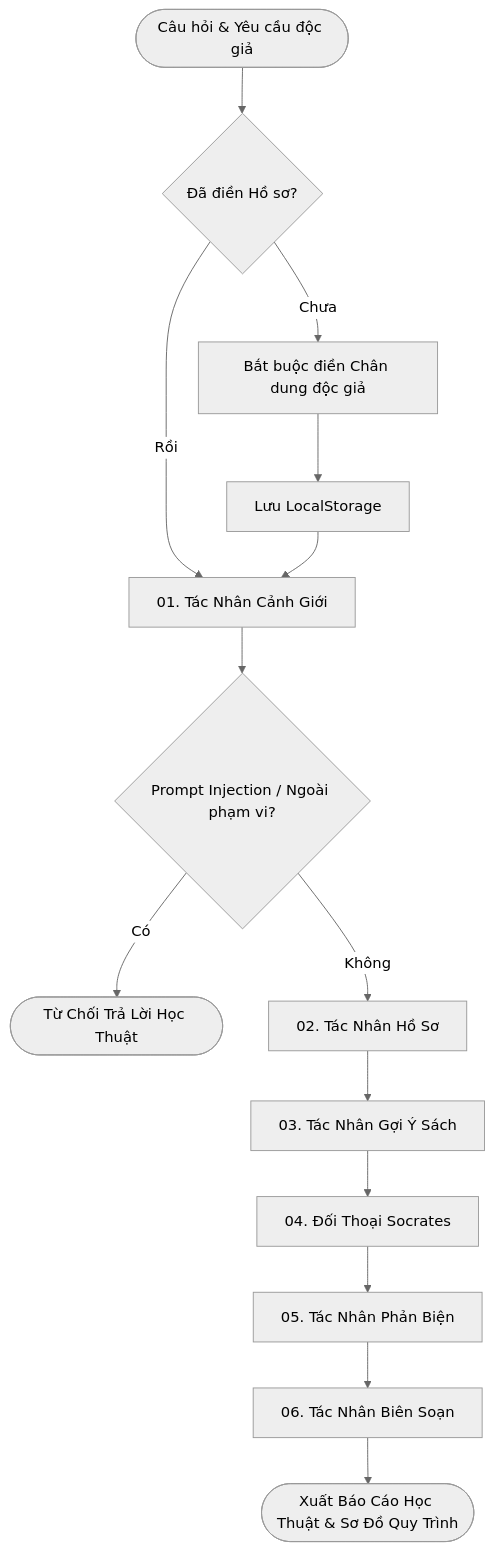
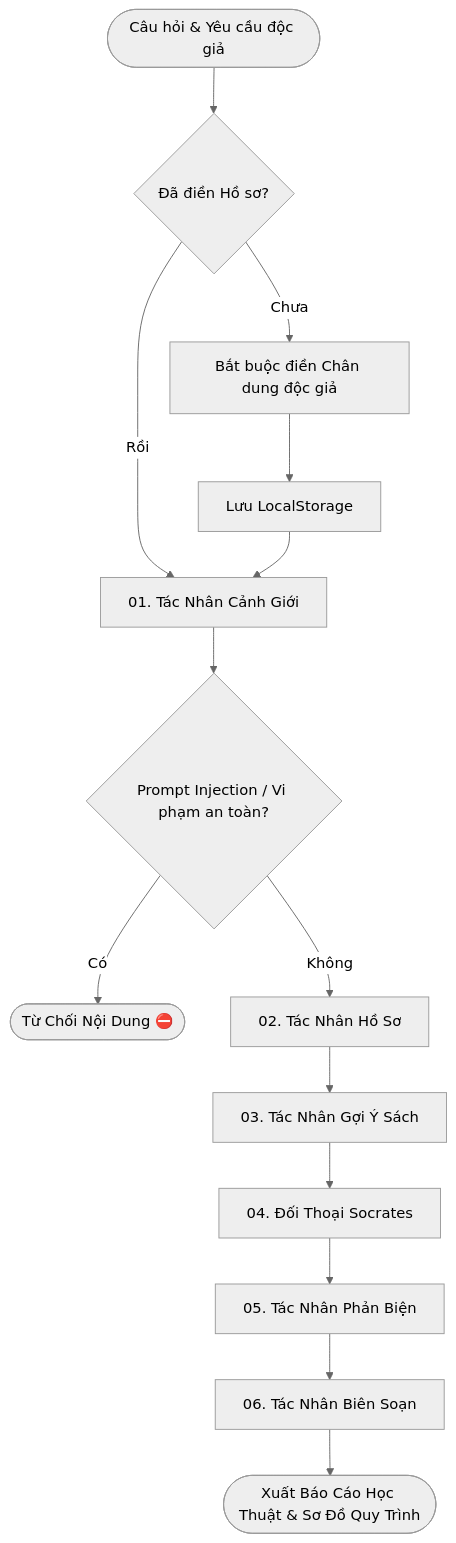
Before and after one commit to ntd25022006q/bookmind-socratic-agent: the diagram in README.md, drawn with Mermaid (neutral theme). The commit also changed other lines of this file and 1 other file, not shown here.

First line of the commit message:
docs: enrich README.md with Step 11 Guardrail Rejection & eloquent project narrative for Jury BGK

````diff
--- a/README.md
+++ b/README.md
@@ -221,18 +214,18 @@
 ```mermaid
 flowchart TD
     Input(["Câu hỏi & Yêu cầu độc giả"]) --> FormCheck{"Đã điền Hồ sơ?"}
     FormCheck -- "Chưa" --> ShowForm["Bắt buộc điền Chân dung độc giả"]
     ShowForm --> SaveProfile["Lưu LocalStorage"]
     FormCheck -- "Rồi" --> Guardrail["01. Tác Nhân Cảnh Giới"]
     SaveProfile --> Guardrail
     
-    Guardrail --> InjectionCheck{"Prompt Injection / Ngoài phạm vi?"}
-    InjectionCheck -- "Có" --> RejectEnd(["Từ Chối Trả Lời Học Thuật"])
+    Guardrail --> InjectionCheck{"Prompt Injection / Vi phạm an toàn?"}
+    InjectionCheck -- "Có" --> RejectEnd(["Từ Chối Nội Dung ⛔"])
     InjectionCheck -- "Không" --> Profiler["02. Tác Nhân Hồ Sơ"]
     
     Profiler --> Recommender["03. Tác Nhân Gợi Ý Sách"]
     Recommender --> Questioner["04. Đối Thoại Socrates"]
     Questioner --> Critic["05. Tác Nhân Phản Biện"]
     Critic --> Reporter["06. Tác Nhân Biên Soạn"]
     Reporter --> ReportEnd(["Xuất Báo Cáo Học Thuật & Sơ Đồ Quy Trình"])
 ```
````
